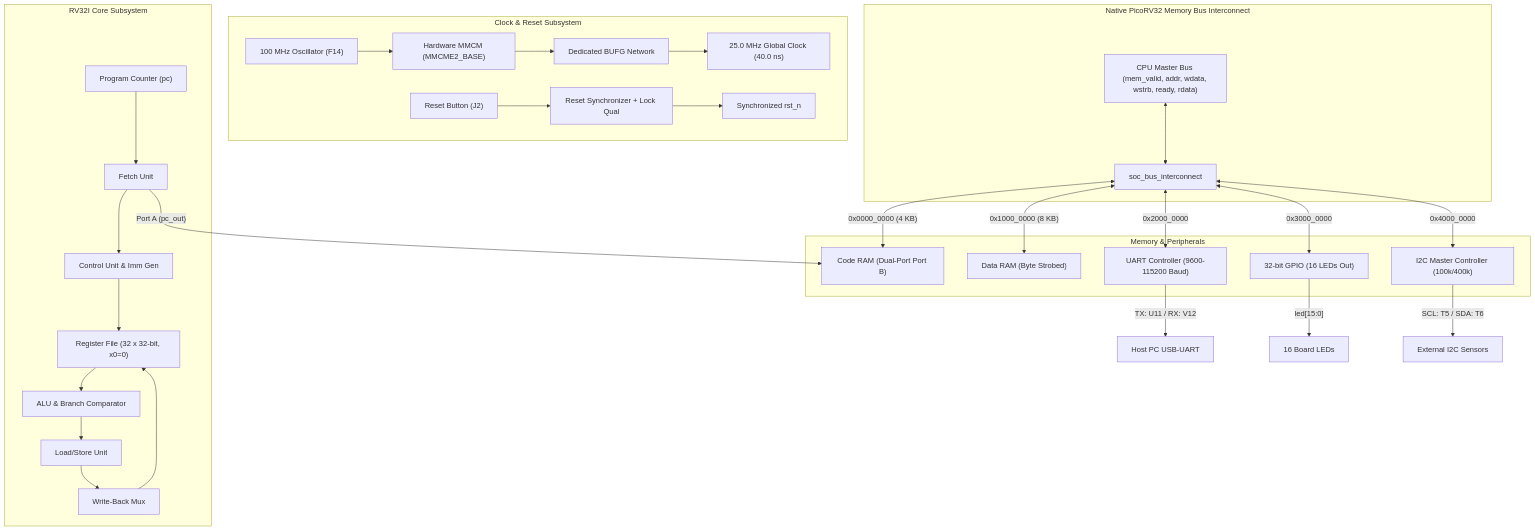
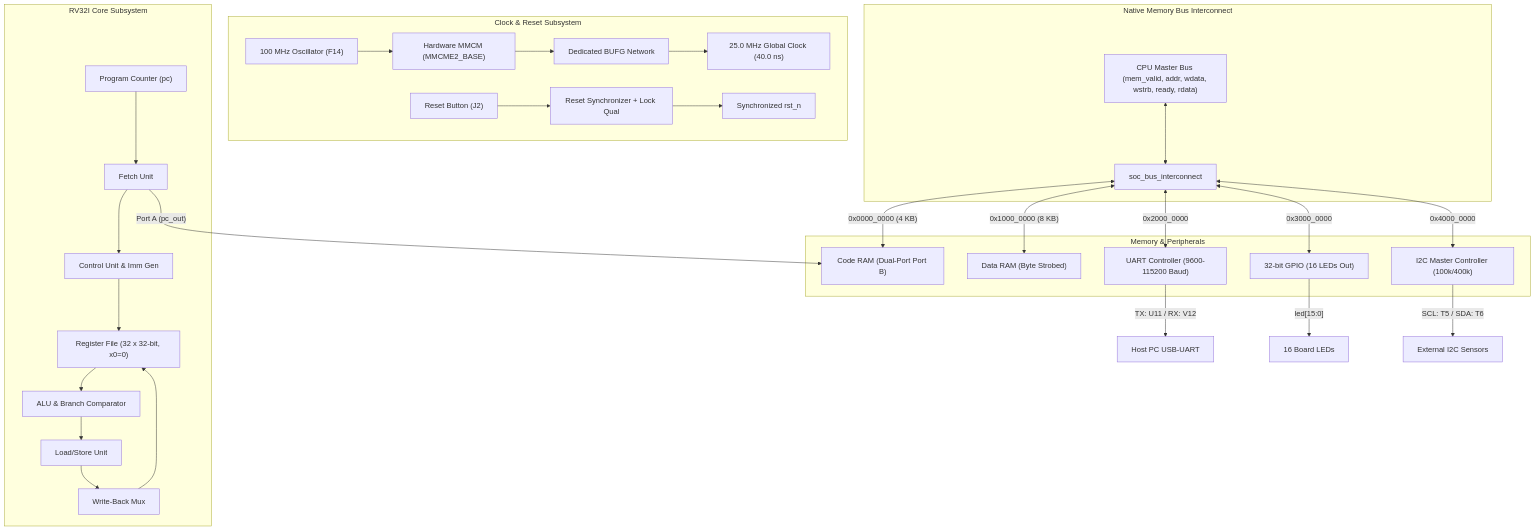
The diagram in docs/architecture.md (MOHANAPRIYANP16/zero_error_rv32), drawn with Mermaid before and after one commit.

Commit message:
Rename subgraph for clarity in architecture.md

````diff
--- a/docs/architecture.md
+++ b/docs/architecture.md
@@ -6,39 +6,39 @@
 ```mermaid
 graph TD
     subgraph "Clock & Reset Subsystem"
         OSC["100 MHz Oscillator (F14)"] --> MMCM["Hardware MMCM (MMCME2_BASE)"]
         MMCM --> BUFG["Dedicated BUFG Network"]
         BUFG --> CLK_SOC["25.0 MHz Global Clock (40.0 ns)"]
         BTN["Reset Button (J2)"] --> RST_SYNC["Reset Synchronizer + Lock Qual"]
         RST_SYNC --> RST_N["Synchronized rst_n"]
     end
 
     subgraph "RV32I Core Subsystem"
         PC["Program Counter (pc)"] --> FETCH["Fetch Unit"]
         FETCH --> DEC["Control Unit & Imm Gen"]
         DEC --> RF["Register File (32 x 32-bit, x0=0)"]
         RF --> ALU["ALU & Branch Comparator"]
         ALU --> LSU["Load/Store Unit"]
         LSU --> WB["Write-Back Mux"]
         WB --> RF
     end
 
-    subgraph "Native PicoRV32 Memory Bus Interconnect"
+    subgraph "Native Memory Bus Interconnect"
         CORE_BUS["CPU Master Bus (mem_valid, addr, wdata, wstrb, ready, rdata)"]
         INTERCONNECT["soc_bus_interconnect"]
         CORE_BUS <--> INTERCONNECT
     end
 
     subgraph "Memory & Peripherals"
         INTERCONNECT <-->|"0x0000_0000 (4 KB)"| CODE_RAM["Code RAM (Dual-Port Port B)"]
         FETCH -->|"Port A (pc_out)"| CODE_RAM
         INTERCONNECT <-->|"0x1000_0000 (8 KB)"| DATA_RAM["Data RAM (Byte Strobed)"]
         INTERCONNECT <-->|"0x2000_0000"| UART["UART Controller (9600-115200 Baud)"]
         INTERCONNECT <-->|"0x3000_0000"| GPIO["32-bit GPIO (16 LEDs Out)"]
         INTERCONNECT <-->|"0x4000_0000"| I2C["I2C Master Controller (100k/400k)"]
     end
 
     UART -->|"TX: U11 / RX: V12"| USB_UART["Host PC USB-UART"]
     GPIO -->|"led[15:0]"| LEDS["16 Board LEDs"]
     I2C -->|"SCL: T5 / SDA: T6"| SENSORS["External I2C Sensors"]
 ```
````
